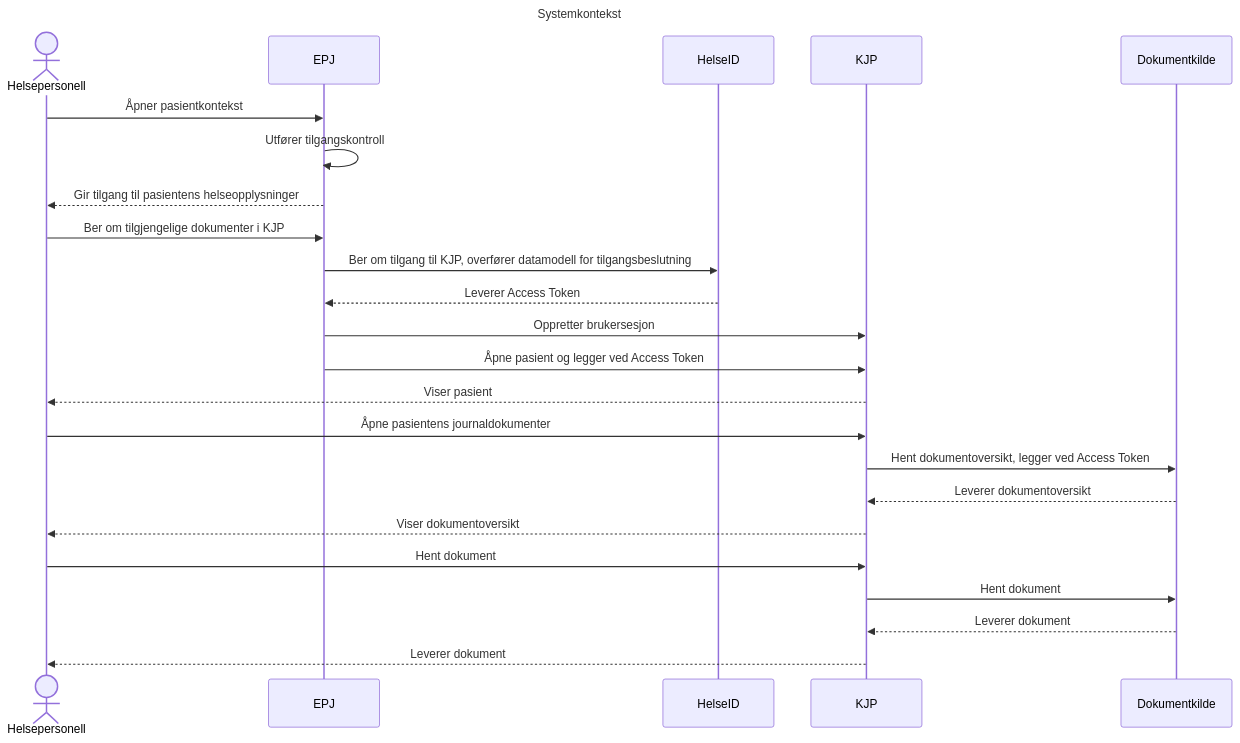
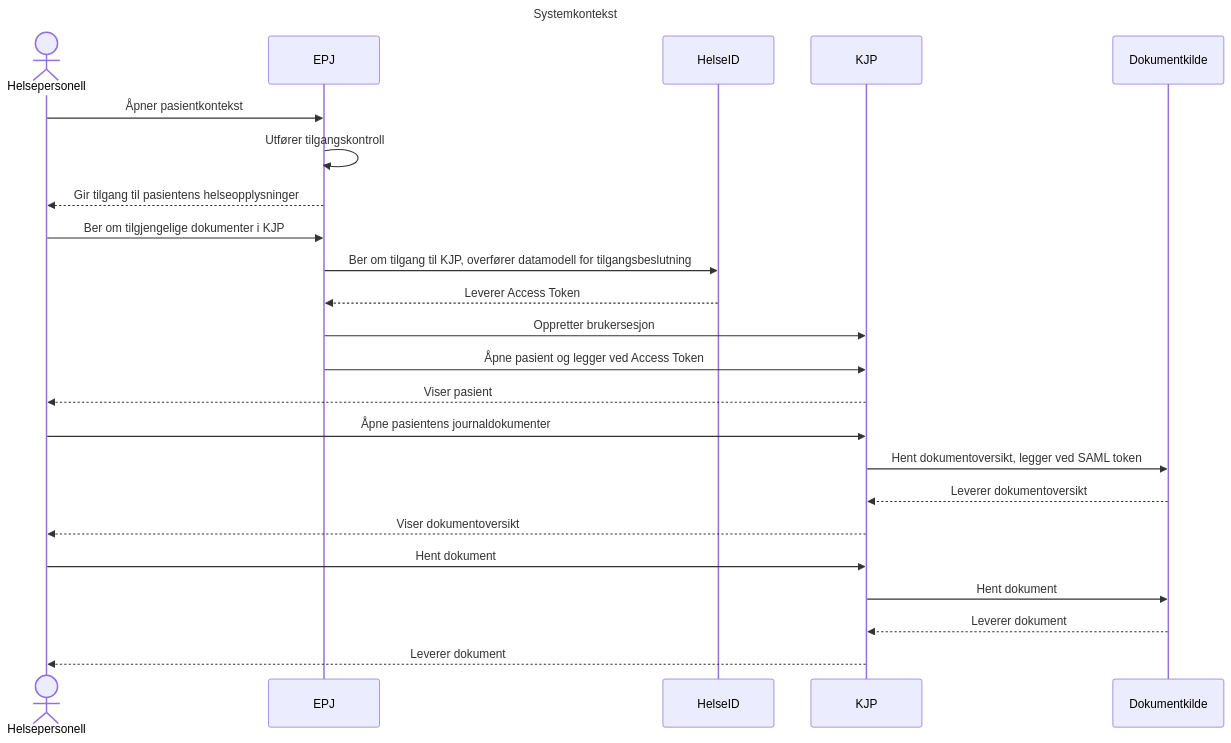
Before and after one commit to NorskHelsenett/Tillitsrammeverk: the first of 12 diagrams in specs/dokumentdeling_overordnet_spec.md, drawn with Mermaid.

Commit message:
Endret overordnet sekvensdiagram

`````diff
--- a/specs/dokumentdeling_overordnet_spec.md
+++ b/specs/dokumentdeling_overordnet_spec.md
@@ -59,28 +59,28 @@
 ````mermaid
 sequenceDiagram 
 title Systemkontekst
 
 actor HP as Helsepersonell
 participant EPJ
 participant HelseID
 participant KJP
 participant Dokumentkilde
 
 HP->>EPJ: Åpner pasientkontekst
 EPJ->>EPJ: Utfører tilgangskontroll
 EPJ-->>HP: Gir tilgang til pasientens helseopplysninger
 HP->>EPJ: Ber om tilgjengelige dokumenter i KJP
 EPJ->>HelseID: Ber om tilgang til KJP, overfører datamodell for tilgangsbeslutning
 HelseID-->>EPJ: Leverer Access Token
 EPJ->>KJP: Oppretter brukersesjon
 EPJ->>KJP: Åpne pasient og legger ved Access Token
 KJP-->>HP: Viser pasient
 HP->>KJP: Åpne pasientens journaldokumenter
-KJP->>Dokumentkilde: Hent dokumentoversikt, legger ved Access Token
+KJP->>Dokumentkilde: Hent dokumentoversikt, legger ved SAML token
 Dokumentkilde-->>KJP: Leverer dokumentoversikt
 KJP-->>HP: Viser dokumentoversikt
 HP->>KJP: Hent dokument
 KJP->>Dokumentkilde: Hent dokument
 Dokumentkilde-->>KJP: Leverer dokument
 KJP-->>HP: Leverer dokument
 ````
`````
